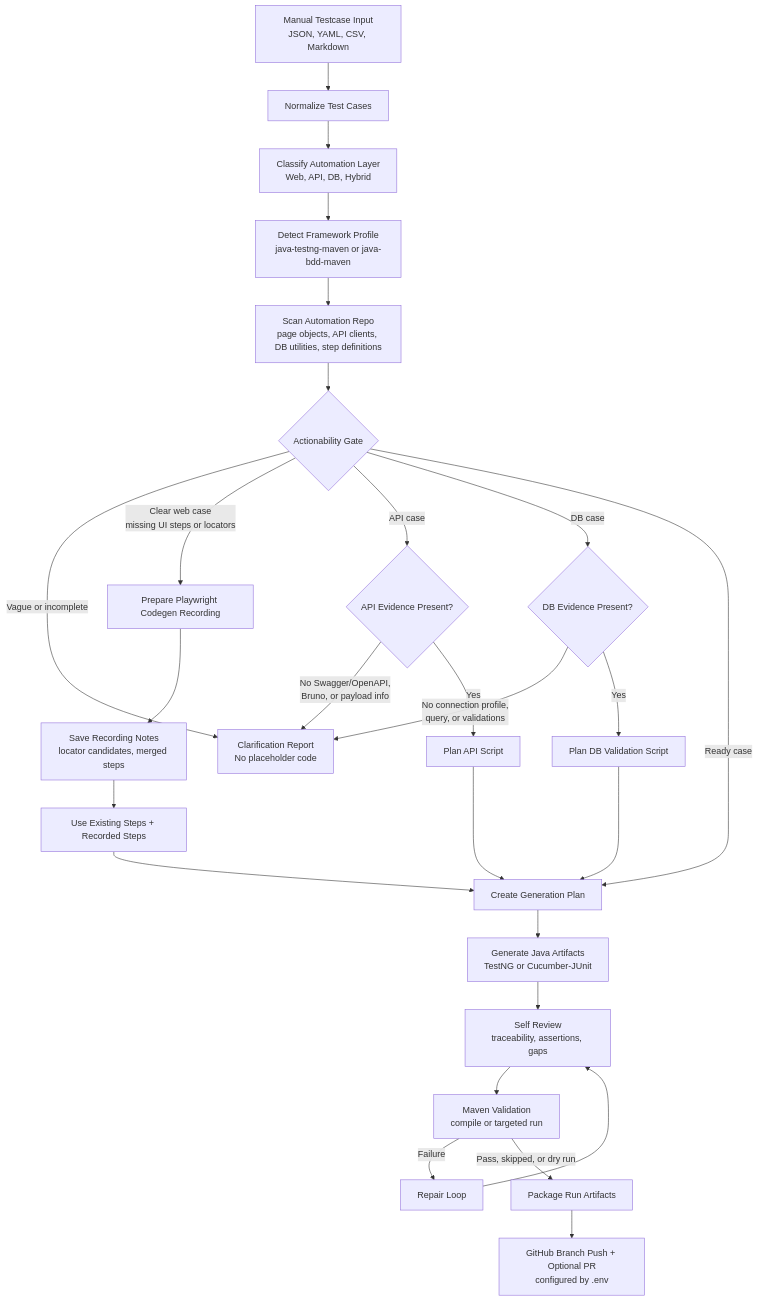
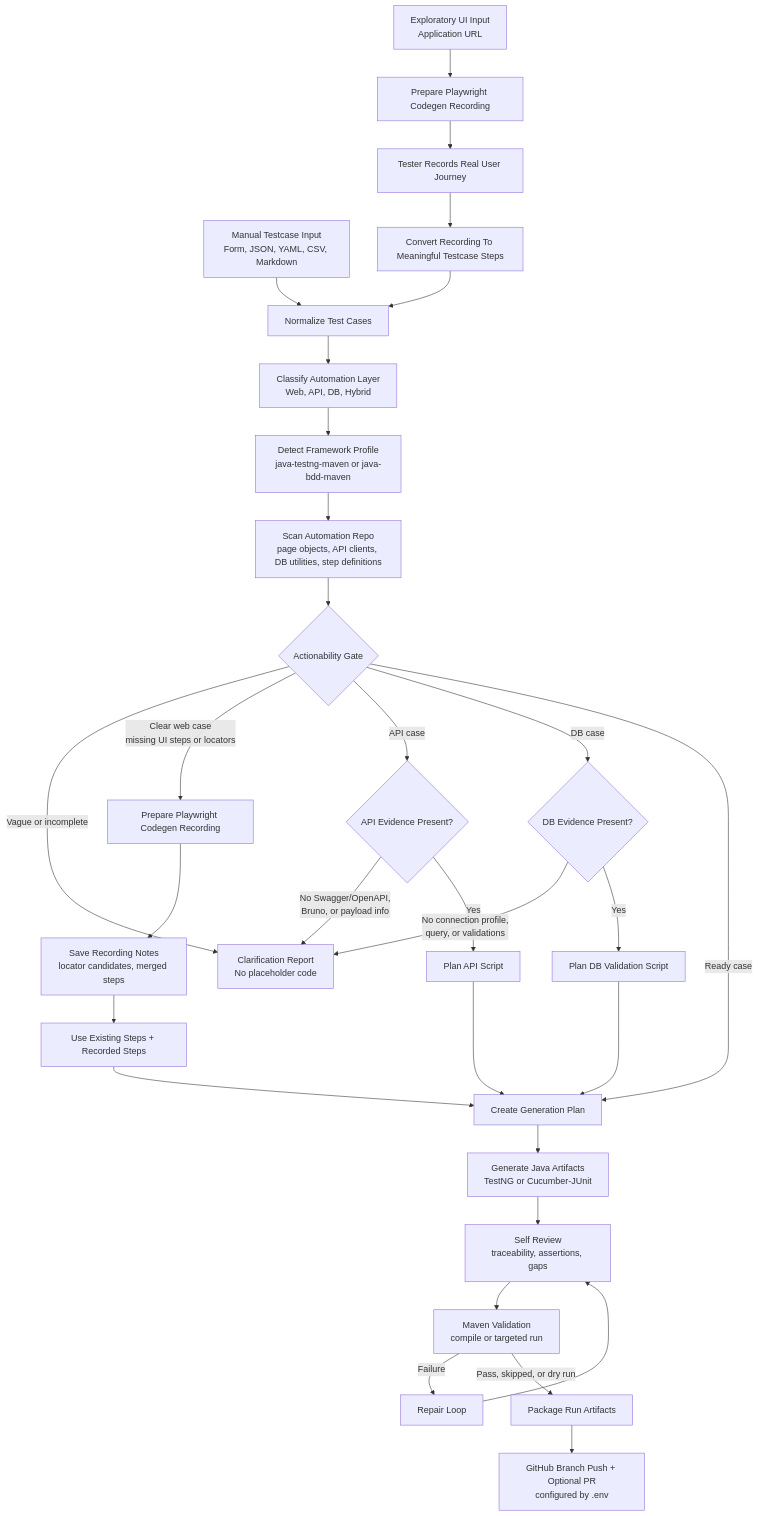
One commit to chetangpande-ai/DeepAgents-Project1 changed the first of 2 diagrams in README.md. Above: the diagram before and after it, drawn with Mermaid. The commit also changed other lines of this file and 7 other files, not shown here.

Commit message:
Add exploratory testing UI flow

````diff
--- a/README.md
+++ b/README.md
@@ -19,35 +20,39 @@
 ```mermaid
 flowchart TD
-    A[Manual Testcase Input<br/>JSON, YAML, CSV, Markdown] --> B[Normalize Test Cases]
+    A[Manual Testcase Input<br/>Form, JSON, YAML, CSV, Markdown] --> B[Normalize Test Cases]
+    X[Exploratory UI Input<br/>Application URL] --> Y[Prepare Playwright Codegen Recording]
+    Y --> Z[Tester Records Real User Journey]
+    Z --> AA[Convert Recording To Meaningful Testcase Steps]
+    AA --> B
     B --> C[Classify Automation Layer<br/>Web, API, DB, Hybrid]
     C --> D[Detect Framework Profile<br/>java-testng-maven or java-bdd-maven]
     D --> E[Scan Automation Repo<br/>page objects, API clients, DB utilities, step definitions]
     E --> F{Actionability Gate}
 
     F -->|Vague or incomplete| G[Clarification Report<br/>No placeholder code]
 
     F -->|Clear web case<br/>missing UI steps or locators| H[Prepare Playwright Codegen Recording]
     H --> I[Save Recording Notes<br/>locator candidates, merged steps]
     I --> J[Use Existing Steps + Recorded Steps]
 
     F -->|API case| K{API Evidence Present?}
     K -->|No Swagger/OpenAPI,<br/>Bruno, or payload info| G
     K -->|Yes| L[Plan API Script]
 
     F -->|DB case| M{DB Evidence Present?}
     M -->|No connection profile,<br/>query, or validations| G
     M -->|Yes| N[Plan DB Validation Script]
 
     F -->|Ready case| O[Create Generation Plan]
     J --> O
     L --> O
     N --> O
 
     O --> P[Generate Java Artifacts<br/>TestNG or Cucumber-JUnit]
     P --> Q[Self Review<br/>traceability, assertions, gaps]
     Q --> R[Maven Validation<br/>compile or targeted run]
     R -->|Failure| S[Repair Loop]
     S --> Q
     R -->|Pass, skipped, or dry run| T[Package Run Artifacts]
     T --> U[GitHub Branch Push + Optional PR<br/>configured by .env]
 ```
````
